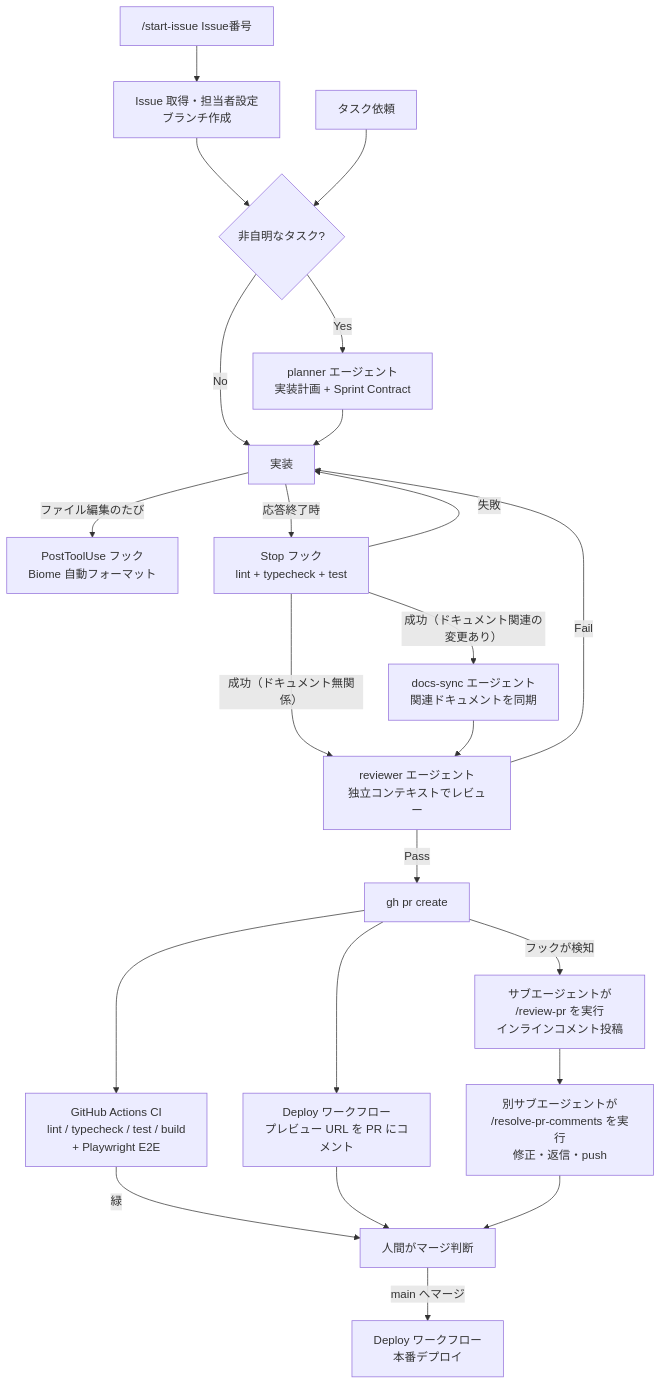
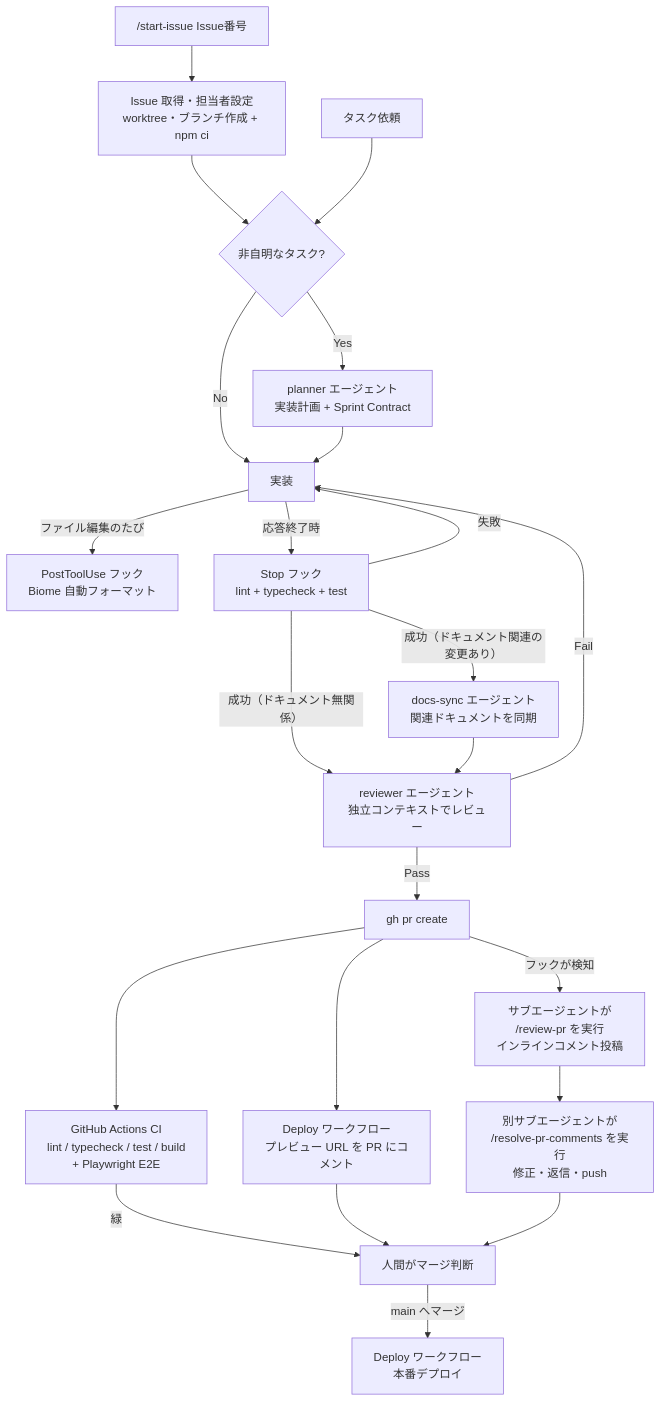
One commit to Suemura/client-side-image-converter changed the diagram in docs/HARNESS.md. Above: the diagram before and after it, drawn with Mermaid. The commit also changed other lines of this file and 7 other files, not shown here.

First line of the commit message:
feat: /start-issue を git worktree 対応にし複数 Issue の並列作業を可能に

````diff
--- a/docs/HARNESS.md
+++ b/docs/HARNESS.md
@@ -8,25 +8,25 @@
 ```mermaid
 flowchart TD
-    S["/start-issue Issue番号"] --> S2[Issue 取得・担当者設定<br>ブランチ作成]
+    S["/start-issue Issue番号"] --> S2[Issue 取得・担当者設定<br>worktree・ブランチ作成 + npm ci]
     S2 --> B
     A[タスク依頼] --> B{非自明なタスク?}
     B -- Yes --> C[planner エージェント<br>実装計画 + Sprint Contract]
     B -- No --> D[実装]
     C --> D
     D -- ファイル編集のたび --> E[PostToolUse フック<br>Biome 自動フォーマット]
     D -- 応答終了時 --> F[Stop フック<br>lint + typecheck + test]
     F -- 失敗 --> D
     F -- 成功（ドキュメント関連の変更あり） --> N[docs-sync エージェント<br>関連ドキュメントを同期]
     F -- 成功（ドキュメント無関係） --> G[reviewer エージェント<br>独立コンテキストでレビュー]
     N --> G
     G -- Fail --> D
     G -- Pass --> H[gh pr create]
     H -- フックが検知 --> I[サブエージェントが<br>/review-pr を実行<br>インラインコメント投稿]
     I --> J[別サブエージェントが<br>/resolve-pr-comments を実行<br>修正・返信・push]
     H --> K[GitHub Actions CI<br>lint / typecheck / test / build<br>+ Playwright E2E]
     H --> P[Deploy ワークフロー<br>プレビュー URL を PR にコメント]
     K -- 緑 --> L[人間がマージ判断]
     P --> L
     J --> L
     L -- main へマージ --> M[Deploy ワークフロー<br>本番デプロイ]
 ```
````
